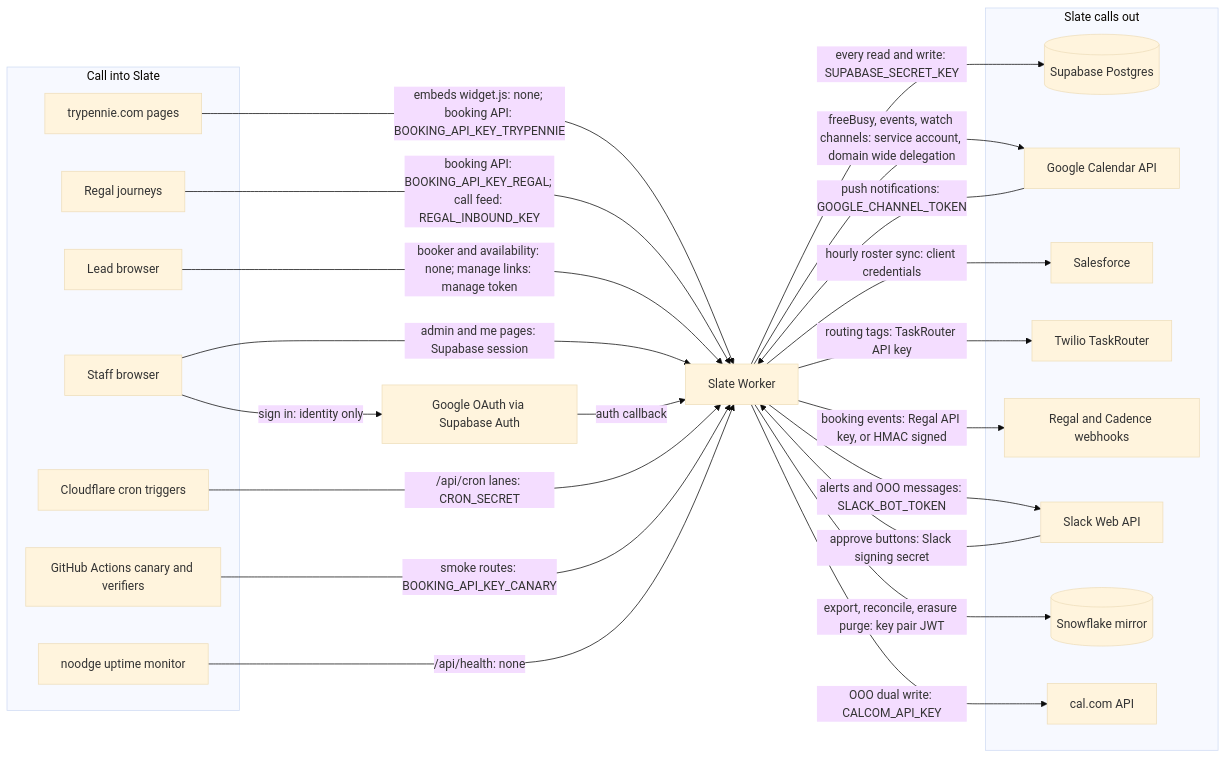
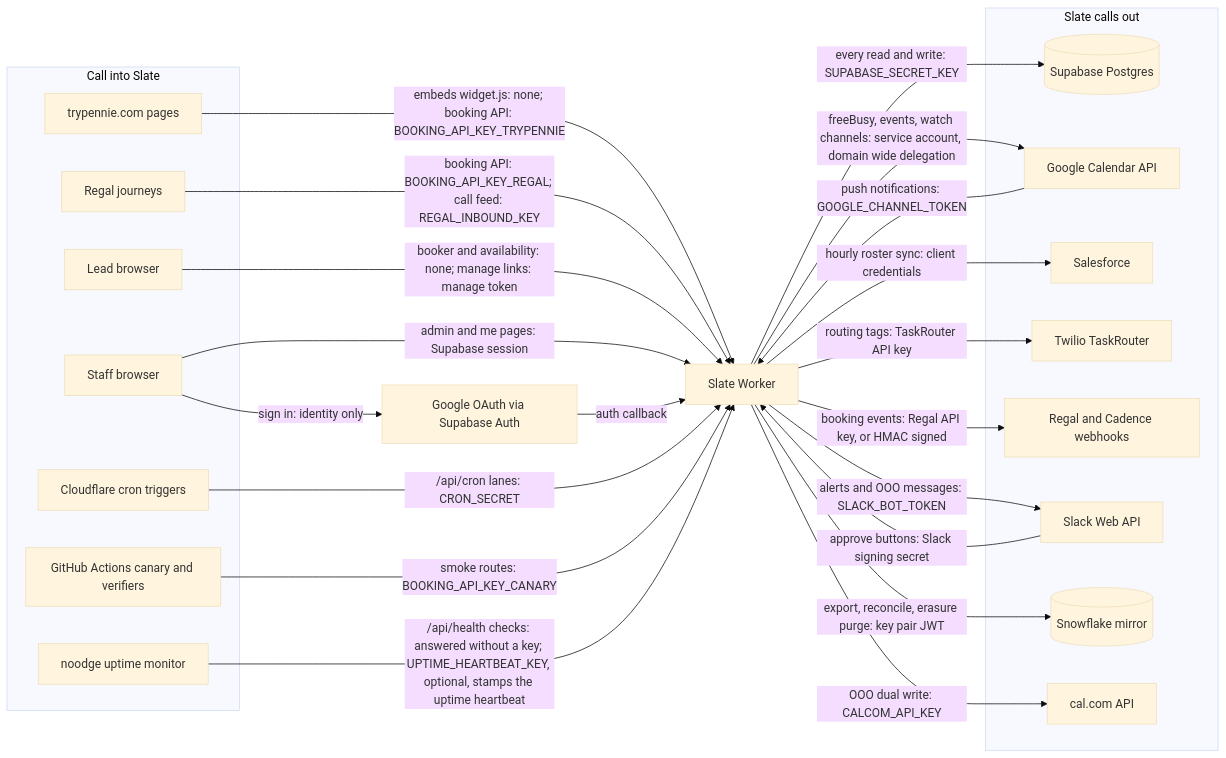
One commit to Try-Pennie/slate changed the first of 3 diagrams in docs/architecture.md. Above: the diagram before and after it, drawn with Mermaid (base theme). The commit also changed 4 other files, not shown here.

First line of the commit message:
Name noodge's heartbeat key in the diagram, and judge runbook SQL literals with comments removed

````diff
--- a/docs/architecture.md
+++ b/docs/architecture.md
@@ -20,48 +20,48 @@
 ```mermaid
 flowchart LR
   subgraph callers["Call into Slate"]
     trypennie["trypennie.com pages"]
     regalIn["Regal journeys"]
     staff["Staff browser"]
     lead["Lead browser"]
     cfcron["Cloudflare cron triggers"]
     gha["GitHub Actions canary and verifiers"]
     noodge["noodge uptime monitor"]
   end
 
   slate["Slate Worker"]
 
   subgraph called["Slate calls out"]
     supa[("Supabase Postgres")]
     gcal["Google Calendar API"]
     sf["Salesforce"]
     twilio["Twilio TaskRouter"]
     regalOut["Regal and Cadence webhooks"]
     slack["Slack Web API"]
     snow[("Snowflake mirror")]
     calcom["cal.com API"]
   end
 
   googleOAuth["Google OAuth via Supabase Auth"]
 
   trypennie -->|"embeds widget.js: none; booking API: BOOKING_API_KEY_TRYPENNIE"| slate
   regalIn -->|"booking API: BOOKING_API_KEY_REGAL; call feed: REGAL_INBOUND_KEY"| slate
   lead -->|"booker and availability: none; manage links: manage token"| slate
   staff -->|"admin and me pages: Supabase session"| slate
   staff -->|"sign in: identity only"| googleOAuth
   googleOAuth -->|"auth callback"| slate
   cfcron -->|"/api/cron lanes: CRON_SECRET"| slate
   gha -->|"smoke routes: BOOKING_API_KEY_CANARY"| slate
-  noodge -->|"/api/health: none"| slate
+  noodge -->|"/api/health checks: answered without a key; UPTIME_HEARTBEAT_KEY, optional, stamps the uptime heartbeat"| slate
   gcal -->|"push notifications: GOOGLE_CHANNEL_TOKEN"| slate
   slack -->|"approve buttons: Slack signing secret"| slate
 
   slate -->|"every read and write: SUPABASE_SECRET_KEY"| supa
   slate -->|"freeBusy, events, watch channels: service account, domain wide delegation"| gcal
   slate -->|"hourly roster sync: client credentials"| sf
   slate -->|"routing tags: TaskRouter API key"| twilio
   slate -->|"booking events: Regal API key, or HMAC signed"| regalOut
   slate -->|"alerts and OOO messages: SLACK_BOT_TOKEN"| slack
   slate -->|"export, reconcile, erasure purge: key pair JWT"| snow
   slate -->|"OOO dual write: CALCOM_API_KEY"| calcom
 ```
````
